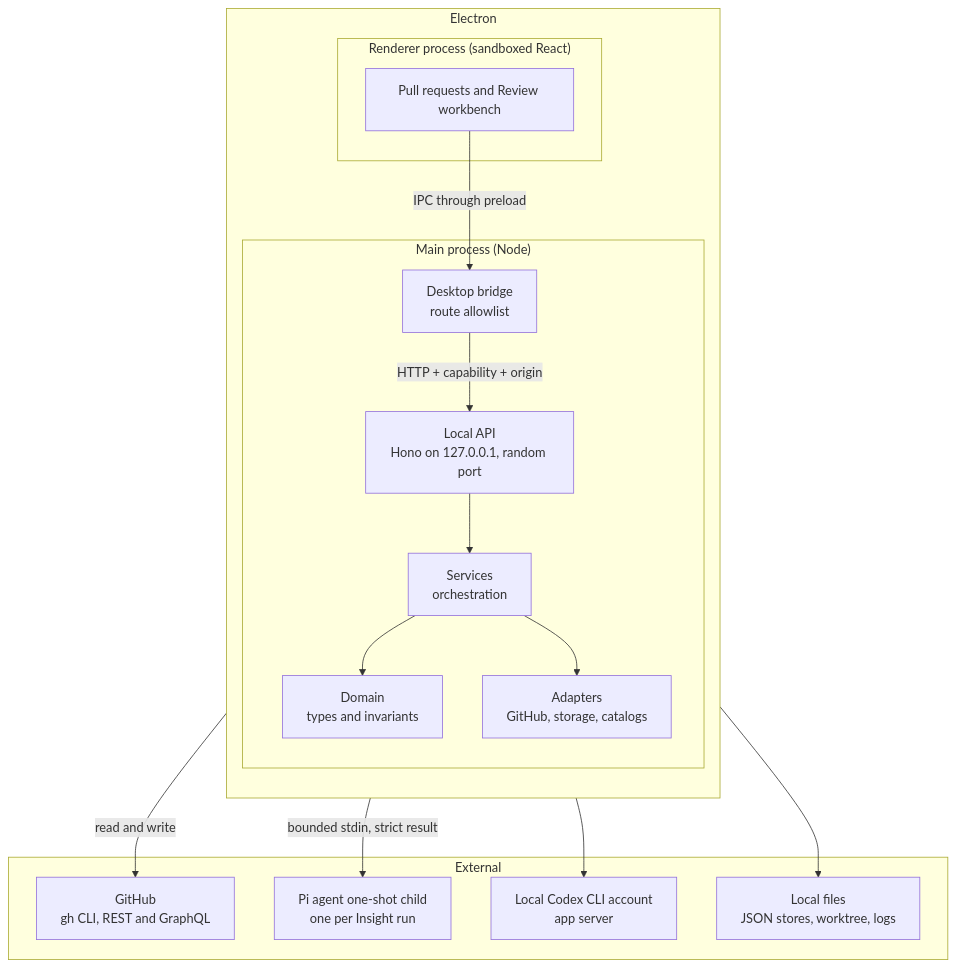
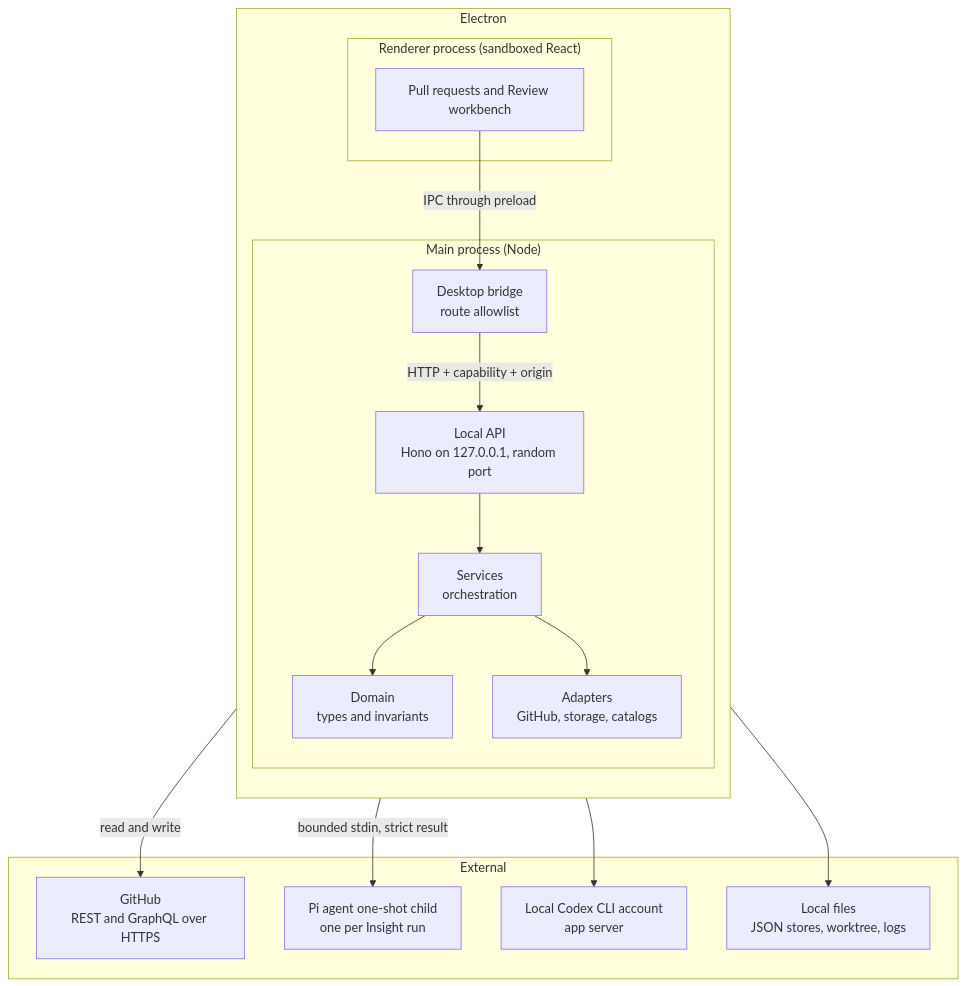
Before and after one commit to kwanpham2195/patchdesk: the diagram in docs/architecture.md, drawn with Mermaid. The commit also changed other lines of this file, not shown here.

Commit message:
docs(architecture): correct write-gate, Insight lifecycle, and test-boundary claims

````diff
--- a/docs/architecture.md
+++ b/docs/architecture.md
@@ -19,31 +19,31 @@
 ```mermaid
 flowchart TB
     subgraph Electron
         direction TB
         subgraph Renderer["Renderer process (sandboxed React)"]
             UI["Pull requests and Review workbench"]
         end
         subgraph Main["Main process (Node)"]
             Bridge["Desktop bridge<br/>route allowlist"]
             API["Local API<br/>Hono on 127.0.0.1, random port"]
             Services["Services<br/>orchestration"]
             Domain["Domain<br/>types and invariants"]
             Adapters["Adapters<br/>GitHub, storage, catalogs"]
         end
     end
     subgraph External["External"]
-        GitHub["GitHub<br/>gh CLI, REST and GraphQL"]
+        GitHub["GitHub<br/>REST and GraphQL over HTTPS"]
         Insight["Pi agent one-shot child<br/>one per Insight run"]
         Codex["Local Codex CLI account<br/>app server"]
         Files["Local files<br/>JSON stores, worktree, logs"]
     end
     UI -- "IPC through preload" --> Bridge
     Bridge -- "HTTP + capability + origin" --> API
     API --> Services
     Services --> Domain
     Services --> Adapters
     Adapters -- "read and write" --> GitHub
     Adapters --> Files
     Services -- "bounded stdin, strict result" --> Insight
     Services --> Codex
 ```
````
